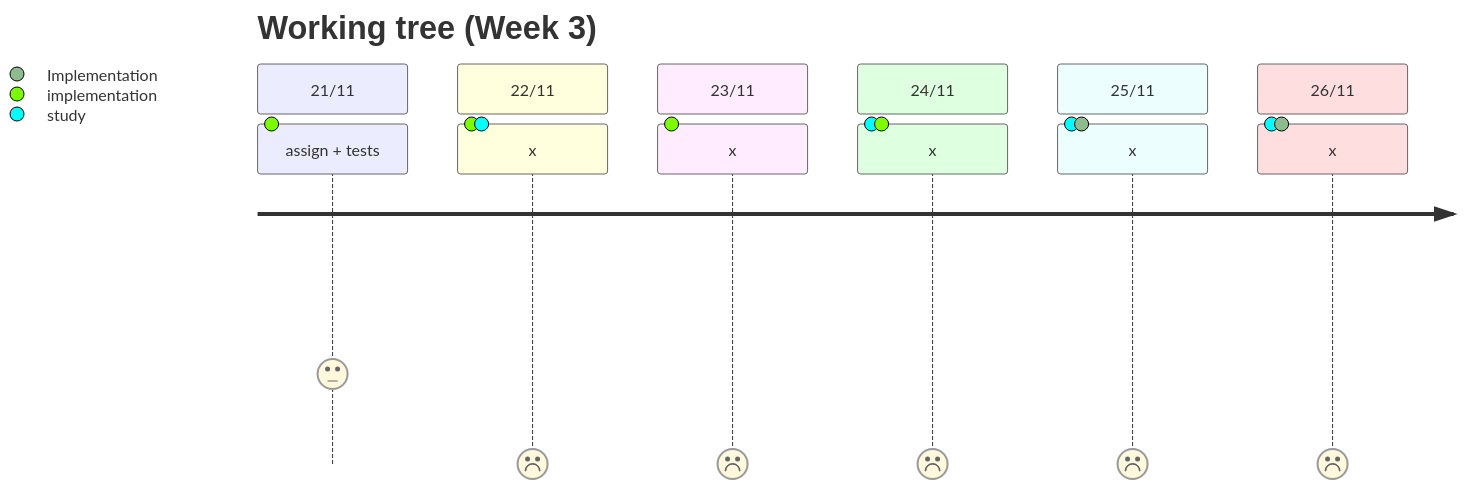
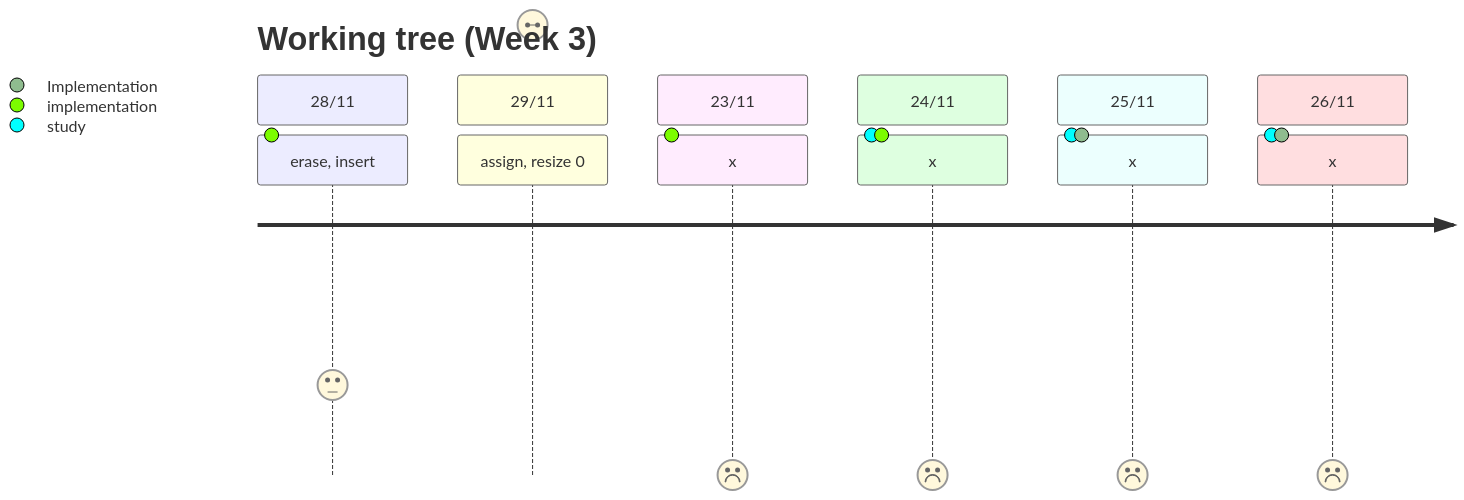
The third of 3 diagrams in README.md (sarahmss/Ft_containers), drawn with Mermaid before and after one commit. The commit also changed other lines of this file, not shown here.

````diff
--- a/README.md
+++ b/README.md
@@ -89,16 +89,16 @@
 ```mermaid
 journey
     title Working tree (Week 3)
-    section 21/11
-      assign + tests: 3: implementation 
-    section 22/11
-      x: 0: implementation, study
+    section 28/11
+      erase, insert: 3: implementation 
+    section 29/11
+      assign, resize 0: implementation
     section 23/11
       x: 0: implementation
     section 24/11
       x: 0: study, implementation
     section 25/11
       x: 0: study, Implementation
     section 26/11
       x: 0: study, Implementation
 ```
````
